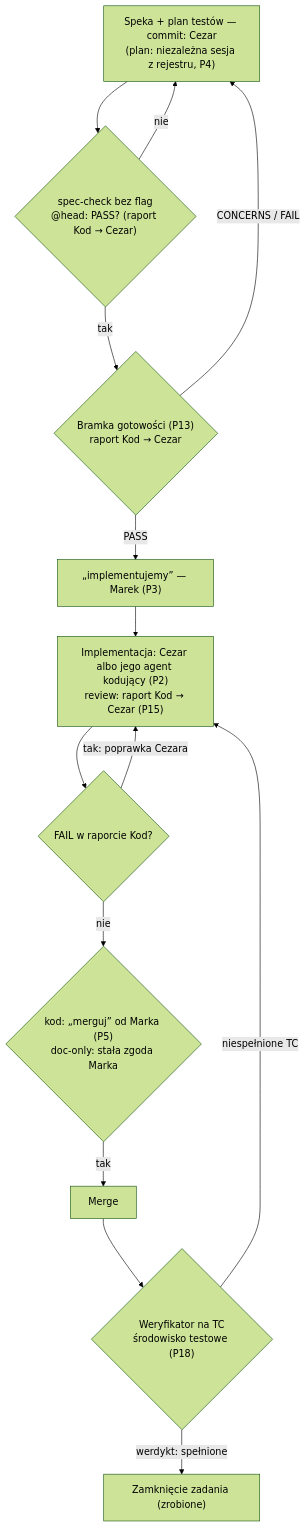
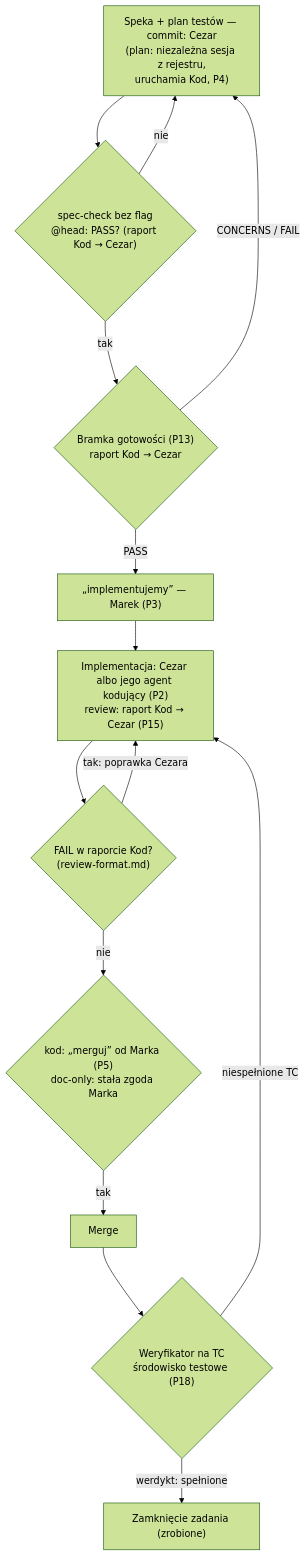
Before and after one commit to AdamskiMarek/open-mercato: the first of 2 diagrams in .ai/process/workflow.md, drawn with Mermaid (forest theme). The commit also changed other lines of this file and 4 other files, not shown here.

Commit message:
docs(process): review #39 — P5, P22, P23 (2)(5)(6); review-format „Werdykt review” (PASS/FAIL); workflow, Z2/Z11/Z13, vision — merge i wdrożenie (zmiana 2026-10-31)

````diff
--- a/.ai/process/workflow.md
+++ b/.ai/process/workflow.md
@@ -19,16 +19,16 @@
 ```mermaid
 flowchart TD
-    spec["Speka + plan testów — commit: Cezar<br/>(plan: niezależna sesja z rejestru, P4)"] --> sc{"spec-check bez flag<br/>@head: PASS? (raport Kod → Cezar)"}
+    spec["Speka + plan testów — commit: Cezar<br/>(plan: niezależna sesja z rejestru,<br/>uruchamia Kod, P4)"] --> sc{"spec-check bez flag<br/>@head: PASS? (raport Kod → Cezar)"}
     sc -- "nie" --> spec
     sc -- "tak" --> gate{"Bramka gotowości (P13)<br/>raport Kod → Cezar"}
     gate -- "CONCERNS / FAIL" --> spec
     gate -- "PASS" --> impl["„implementujemy” — Marek (P3)"]
     impl --> code["Implementacja: Cezar albo jego agent kodujący (P2)<br/>review: raport Kod → Cezar (P15)"]
-    code --> fail{"FAIL w raporcie Kod?"}
+    code --> fail{"FAIL w raporcie Kod?<br/>(review-format.md)"}
     fail -- "tak: poprawka Cezara" --> code
     fail -- "nie" --> merge{"kod: „merguj” od Marka (P5)<br/>doc-only: stała zgoda Marka"}
     merge -- "tak" --> m["Merge"]
     m --> qa{"Weryfikator na TC<br/>środowisko testowe (P18)"}
     qa -- "niespełnione TC" --> code
     qa -- "werdykt: spełnione" --> done["Zamknięcie zadania (zrobione)"]
 ```
````
